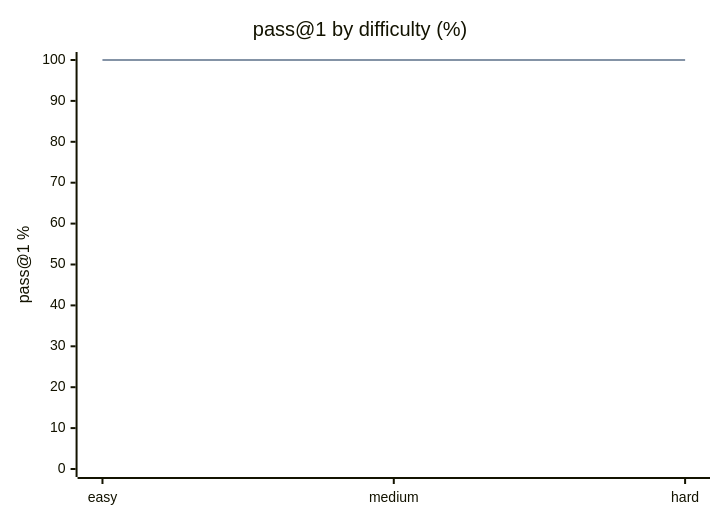
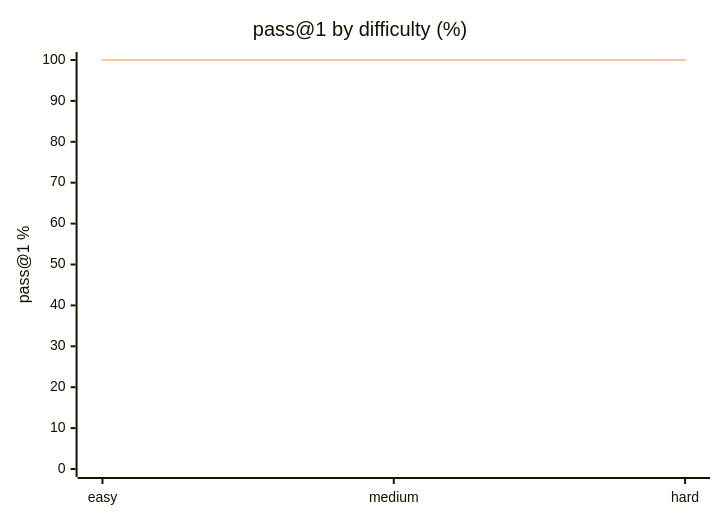
Before and after one commit to luongnv89/dgx-spark-llm-lab: the sixth of 6 diagrams in results/2026-08-20-pi-harness/REPORT.md, drawn with Mermaid. The commit also changed other lines of this file and 9 other files, not shown here.

````diff
--- a/results/2026-08-20-pi-harness/REPORT.md
+++ b/results/2026-08-20-pi-harness/REPORT.md
@@ -66,8 +67,9 @@
 ```mermaid
 xychart-beta
     title "pass@1 by difficulty (%)"
     x-axis ["easy", "medium", "hard"]
     y-axis "pass@1 %" 0 --> 100
     line [100, 100, 100]
     line [100, 100, 100]
+    line [100, 100, 100]
 ```
````
